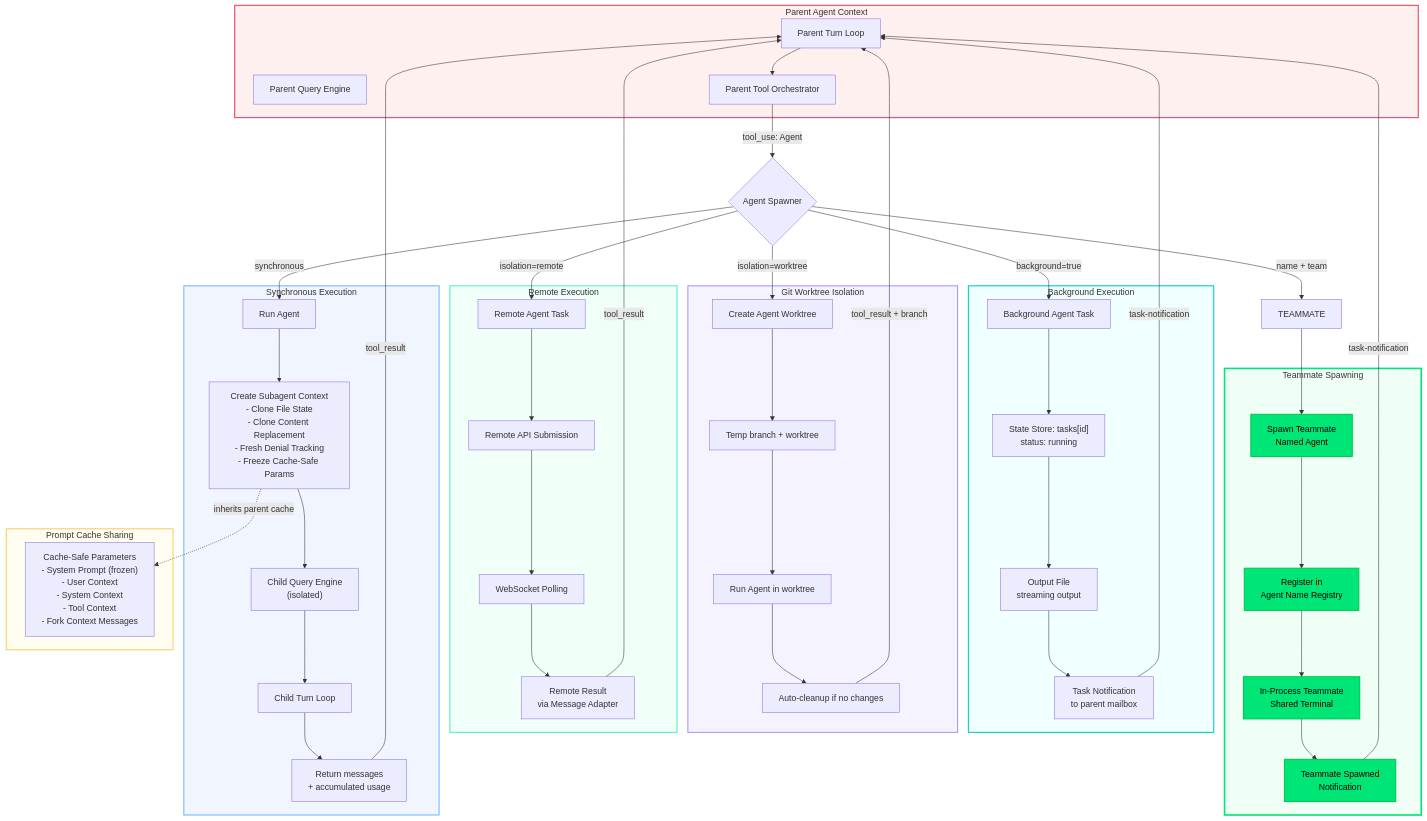
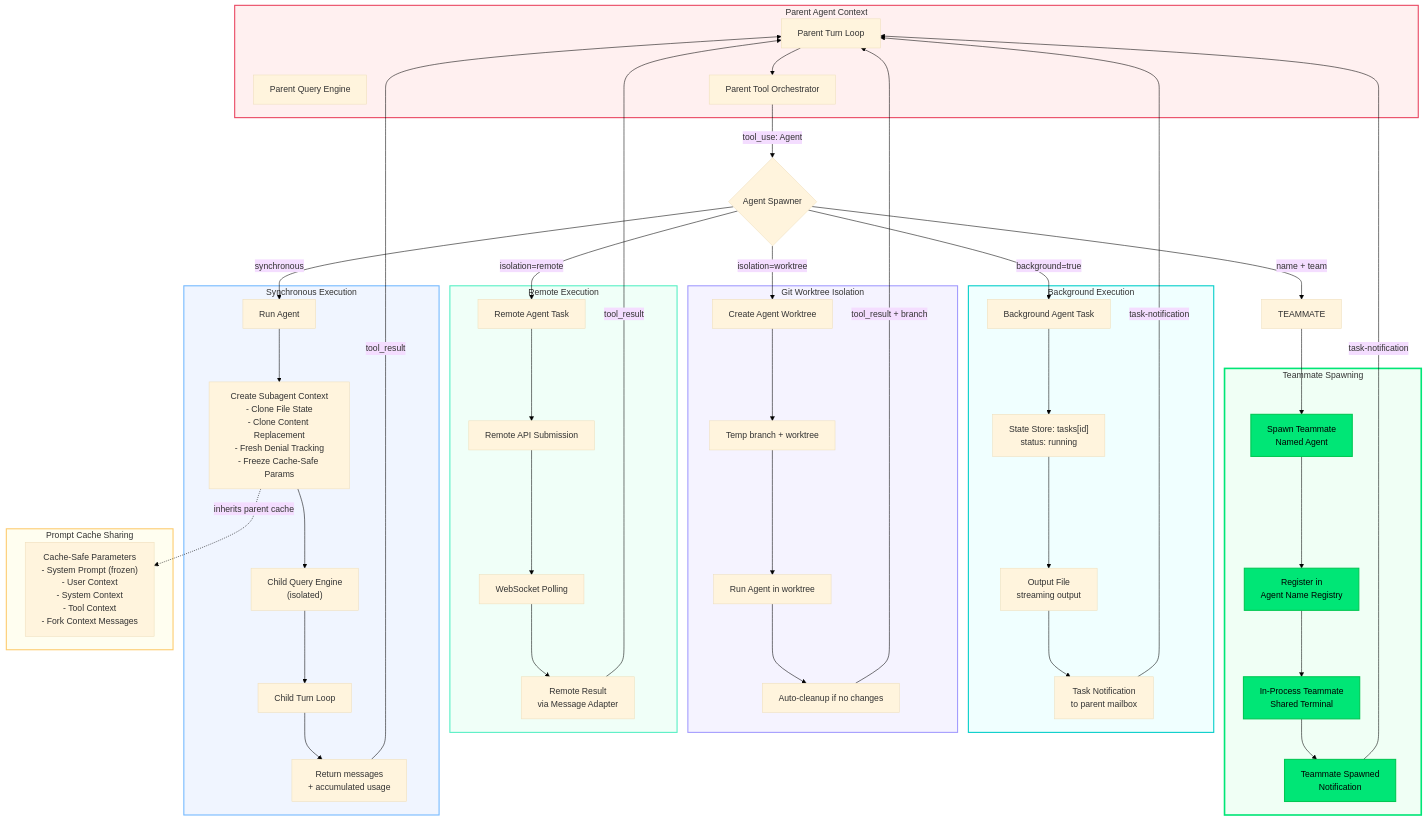
Before and after one commit to PavelValentov/multi-agent-architecture: the third of 14 diagrams in DIAGRAMS.md, drawn with Mermaid. The commit also changed other lines of this file and 1 other file, not shown here.

````diff
--- a/DIAGRAMS.md
+++ b/DIAGRAMS.md
@@ -260,4 +262,5 @@
 ```mermaid
+%%{init: {"theme": "base", "themeVariables": {"background": "#ffffff"}}}%%
 graph TB
     subgraph Parent["Parent Agent Context"]
         PA_QE["Parent Query Engine"]
````
